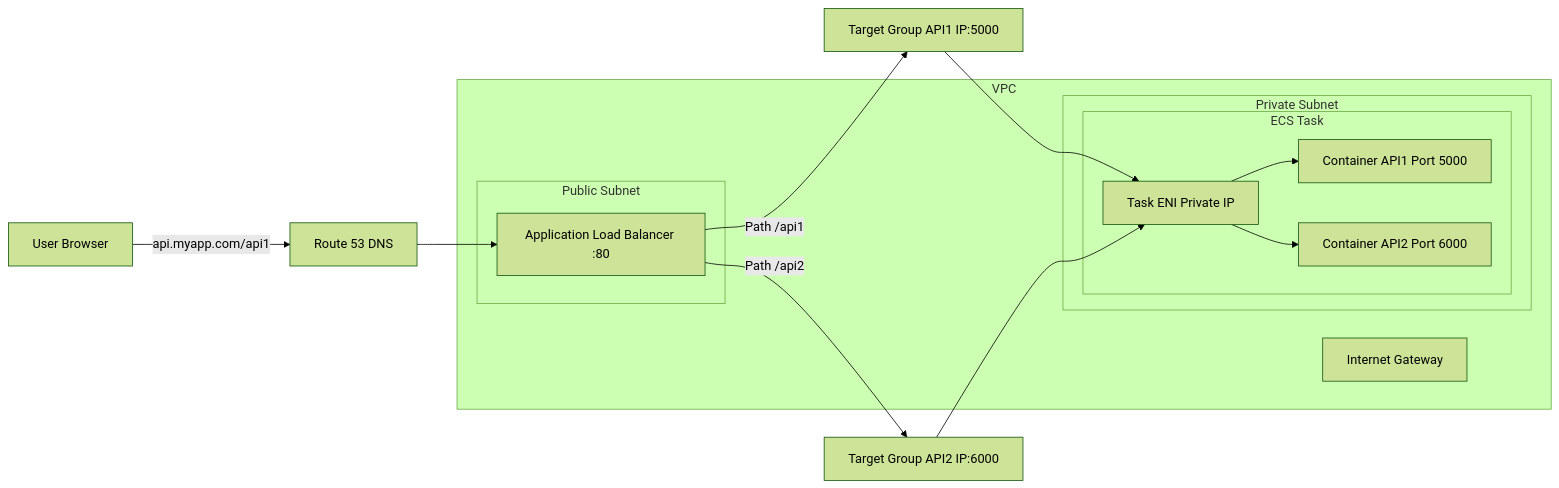
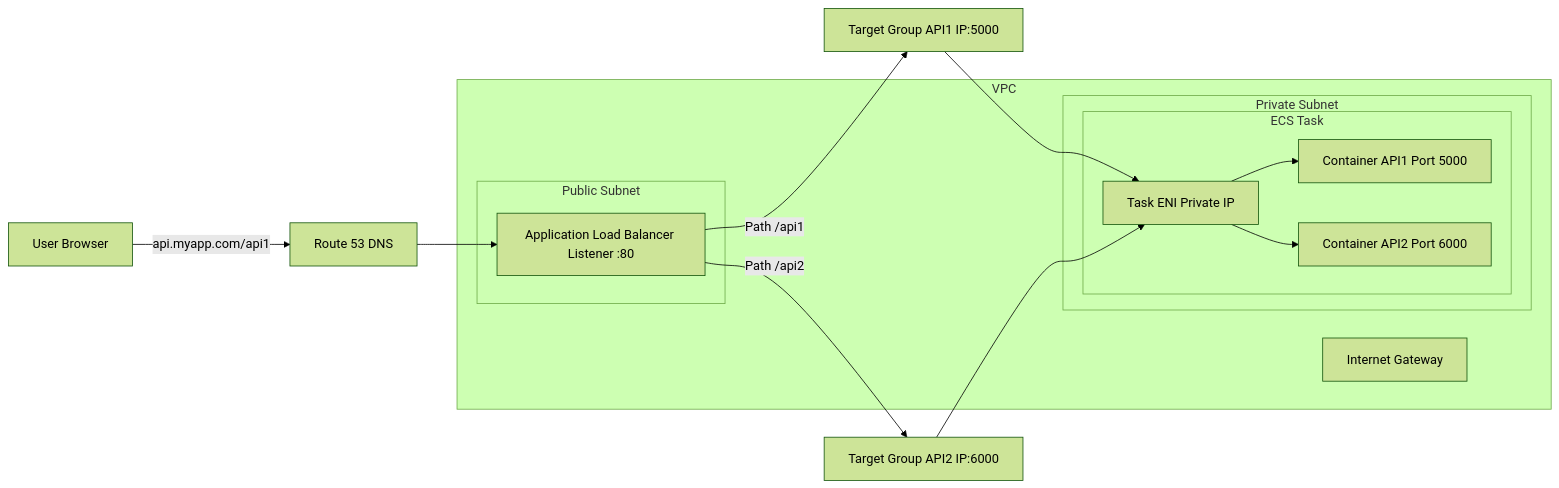
Before and after one commit to mohit853/iac-orchestator-containerized-web-app: the diagram in README.md, drawn with Mermaid (forest theme). The commit also changed other lines of this file, not shown here.

First line of the commit message:
Enhance README with architecture details

````diff
--- a/README.md
+++ b/README.md
@@ -1,35 +21,35 @@
 ```mermaid
 flowchart LR
 
 User[User Browser]
 
 DNS[Route 53 DNS]
 
 subgraph VPC
     IGW[Internet Gateway]
 
     subgraph Public Subnet
-        ALB[Application Load Balancer :80]
+        ALB[Application Load Balancer Listener :80]
     end
 
     subgraph Private Subnet
         subgraph ECS Task
             ENI[Task ENI Private IP]
             API1[Container API1 Port 5000]
             API2[Container API2 Port 6000]
         end
     end
 end
 
 TG1[Target Group API1 IP:5000]
 TG2[Target Group API2 IP:6000]
 
 User -->|api.myapp.com/api1| DNS
 DNS --> ALB
 ALB -->|Path /api1| TG1
 ALB -->|Path /api2| TG2
 TG1 --> ENI
 TG2 --> ENI
 ENI --> API1
 ENI --> API2
 ```
````
